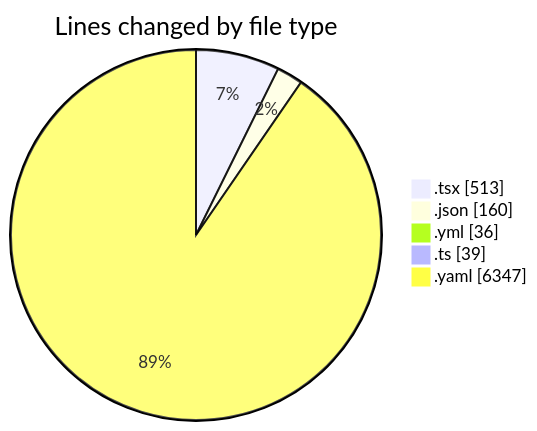
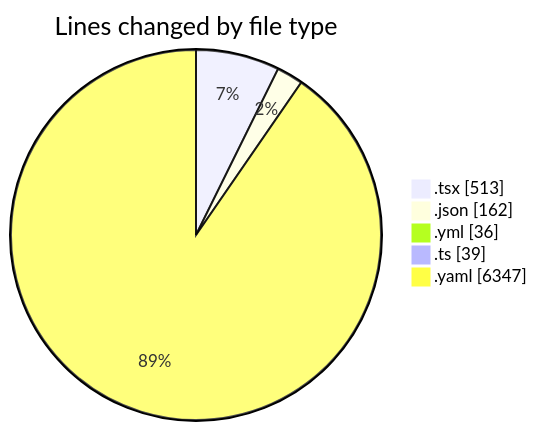
The first of 2 diagrams in 2025-11-27/eventscop-frontend-guide__workspace_/README.md (julien-gomy/code-tracking), drawn with Mermaid before and after one commit. The commit also changed other lines of this file and 1 other file, not shown here.

````diff
--- a/2025-11-27/eventscop-frontend-guide__workspace_/README.md
+++ b/2025-11-27/eventscop-frontend-guide__workspace_/README.md
@@ -32,9 +32,9 @@
 ```mermaid
 pie showData
 title Lines changed by file type
 ".tsx" : 513
-".json" : 160
+".json" : 162
 ".yml" : 36
 ".ts" : 39
 ".yaml" : 6347
 ```
````
